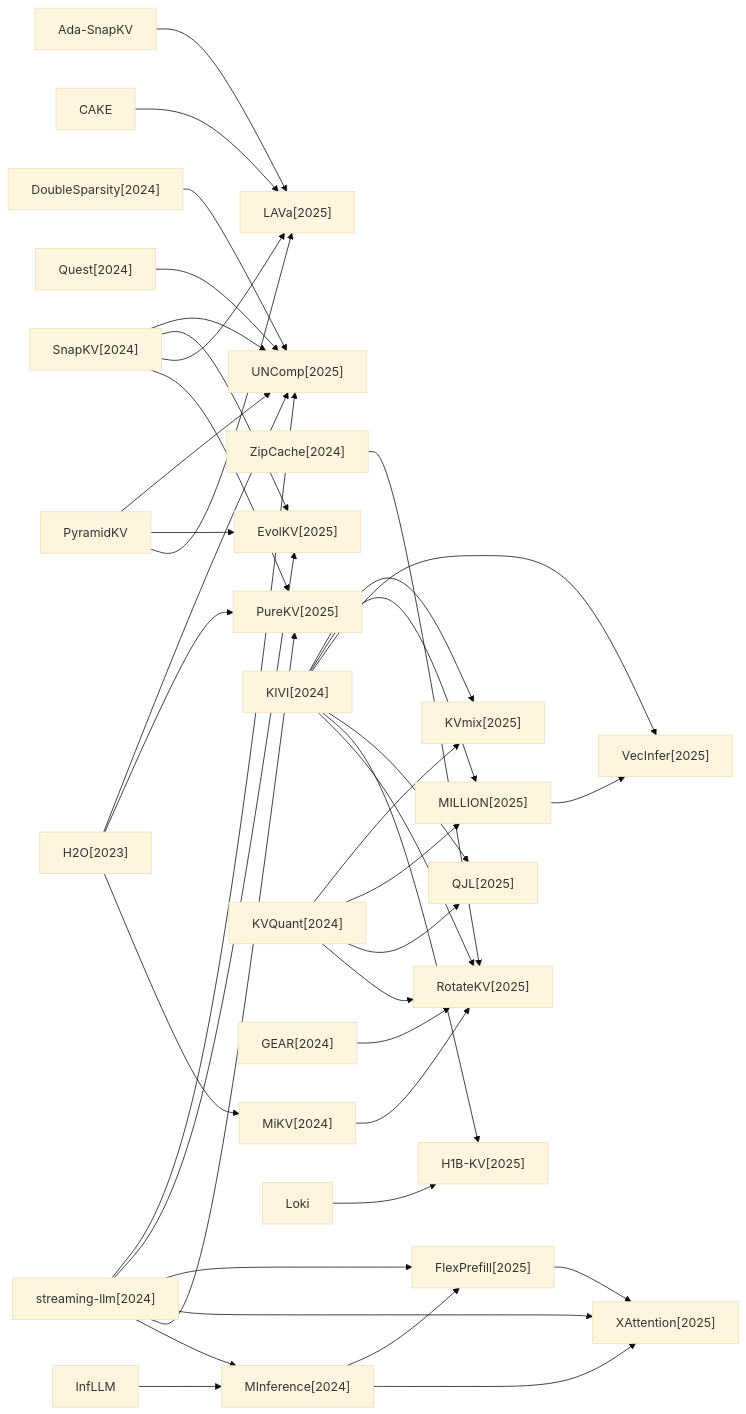
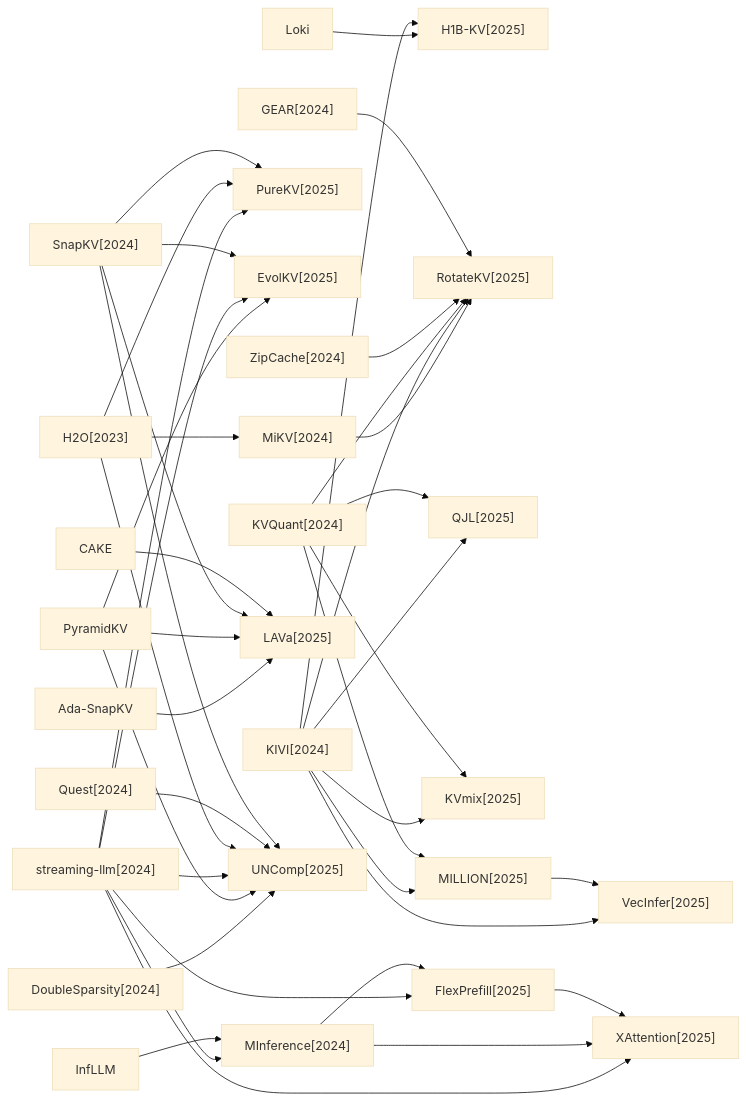
One commit to hustzxd/EfficientPaper changed the fourth of 5 diagrams in docs/baseline_methods_graph.md. Above: the diagram before and after it, drawn with Mermaid (base theme). The commit also changed other lines of this file and 4 other files, not shown here.

````diff
--- a/docs/baseline_methods_graph.md
+++ b/docs/baseline_methods_graph.md
@@ -57,70 +57,70 @@
 ```mermaid
 flowchart LR
+    Loki["Loki"]
+    2024_MiKV["MiKV[2024]"]
     Ada_SnapKV["Ada-SnapKV"]
+    2025_PureKV["PureKV[2025]"]
+    2024_DoubleSparsity["DoubleSparsity[2024]"]
+    2025_EvolKV["EvolKV[2025]"]
+    2025_H1B_KV["H1B-KV[2025]"]
+    2025_RotateKV["RotateKV[2025]"]
+    2024_KIVI["KIVI[2024]"]
+    PyramidKV["PyramidKV"]
+    2024_streaming_llm["streaming-llm[2024]"]
+    2024_KVQuant["KVQuant[2024]"]
+    2024_ZipCache["ZipCache[2024]"]
+    2025_QJL["QJL[2025]"]
+    2025_XAttention["XAttention[2025]"]
+    2025_VecInfer["VecInfer[2025]"]
+    2023_H2O["H2O[2023]"]
     2025_LAVa["LAVa[2025]"]
-    2025_H1B_KV["H1B-KV[2025]"]
+    2024_Quest["Quest[2024]"]
+    2024_SnapKV["SnapKV[2024]"]
+    2024_GEAR["GEAR[2024]"]
+    2025_KVmix["KVmix[2025]"]
+    InfLLM["InfLLM"]
+    CAKE["CAKE"]
     2025_UNComp["UNComp[2025]"]
+    2024_MInference["MInference[2024]"]
+    2025_MILLION["MILLION[2025]"]
     2025_FlexPrefill["FlexPrefill[2025]"]
-    2025_VecInfer["VecInfer[2025]"]
-    2024_ZipCache["ZipCache[2024]"]
-    2024_MiKV["MiKV[2024]"]
-    2024_DoubleSparsity["DoubleSparsity[2024]"]
-    2025_PureKV["PureKV[2025]"]
-    2024_KIVI["KIVI[2024]"]
-    2025_RotateKV["RotateKV[2025]"]
-    2023_H2O["H2O[2023]"]
-    2025_XAttention["XAttention[2025]"]
-    2024_KVQuant["KVQuant[2024]"]
-    2025_MILLION["MILLION[2025]"]
-    2025_KVmix["KVmix[2025]"]
-    2024_GEAR["GEAR[2024]"]
-    2024_MInference["MInference[2024]"]
-    CAKE["CAKE"]
-    2024_SnapKV["SnapKV[2024]"]
-    PyramidKV["PyramidKV"]
-    2024_Quest["Quest[2024]"]
-    InfLLM["InfLLM"]
-    Loki["Loki"]
-    2024_streaming_llm["streaming-llm[2024]"]
-    2025_EvolKV["EvolKV[2025]"]
-    2025_QJL["QJL[2025]"]
+    Loki --> 2025_H1B_KV
+    2024_MiKV --> 2025_RotateKV
     Ada_SnapKV --> 2025_LAVa
-    2025_FlexPrefill --> 2025_XAttention
-    2024_ZipCache --> 2025_RotateKV
-    2024_MiKV --> 2025_RotateKV
     2024_DoubleSparsity --> 2025_UNComp
     2024_KIVI --> 2025_KVmix
     2024_KIVI --> 2025_MILLION
     2024_KIVI --> 2025_VecInfer
     2024_KIVI --> 2025_QJL
     2024_KIVI --> 2025_H1B_KV
     2024_KIVI --> 2025_RotateKV
-    2023_H2O --> 2025_UNComp
-    2023_H2O --> 2025_PureKV
-    2023_H2O --> 2024_MiKV
-    2024_KVQuant --> 2025_KVmix
-    2024_KVQuant --> 2025_MILLION
-    2024_KVQuant --> 2025_QJL
-    2024_KVQuant --> 2025_RotateKV
-    2025_MILLION --> 2025_VecInfer
-    2024_GEAR --> 2025_RotateKV
-    2024_MInference --> 2025_FlexPrefill
-    2024_MInference --> 2025_XAttention
-    CAKE --> 2025_LAVa
-    2024_SnapKV --> 2025_UNComp
-    2024_SnapKV --> 2025_EvolKV
-    2024_SnapKV --> 2025_LAVa
-    2024_SnapKV --> 2025_PureKV
     PyramidKV --> 2025_UNComp
     PyramidKV --> 2025_EvolKV
     PyramidKV --> 2025_LAVa
-    2024_Quest --> 2025_UNComp
-    InfLLM --> 2024_MInference
-    Loki --> 2025_H1B_KV
     2024_streaming_llm --> 2025_UNComp
     2024_streaming_llm --> 2025_EvolKV
     2024_streaming_llm --> 2025_FlexPrefill
     2024_streaming_llm --> 2025_XAttention
     2024_streaming_llm --> 2025_PureKV
     2024_streaming_llm --> 2024_MInference
+    2024_KVQuant --> 2025_KVmix
+    2024_KVQuant --> 2025_MILLION
+    2024_KVQuant --> 2025_QJL
+    2024_KVQuant --> 2025_RotateKV
+    2024_ZipCache --> 2025_RotateKV
+    2023_H2O --> 2025_UNComp
+    2023_H2O --> 2025_PureKV
+    2023_H2O --> 2024_MiKV
+    2024_Quest --> 2025_UNComp
+    2024_SnapKV --> 2025_UNComp
+    2024_SnapKV --> 2025_EvolKV
+    2024_SnapKV --> 2025_LAVa
+    2024_SnapKV --> 2025_PureKV
+    2024_GEAR --> 2025_RotateKV
+    InfLLM --> 2024_MInference
+    CAKE --> 2025_LAVa
+    2024_MInference --> 2025_FlexPrefill
+    2024_MInference --> 2025_XAttention
+    2025_MILLION --> 2025_VecInfer
+    2025_FlexPrefill --> 2025_XAttention
 ```
````
